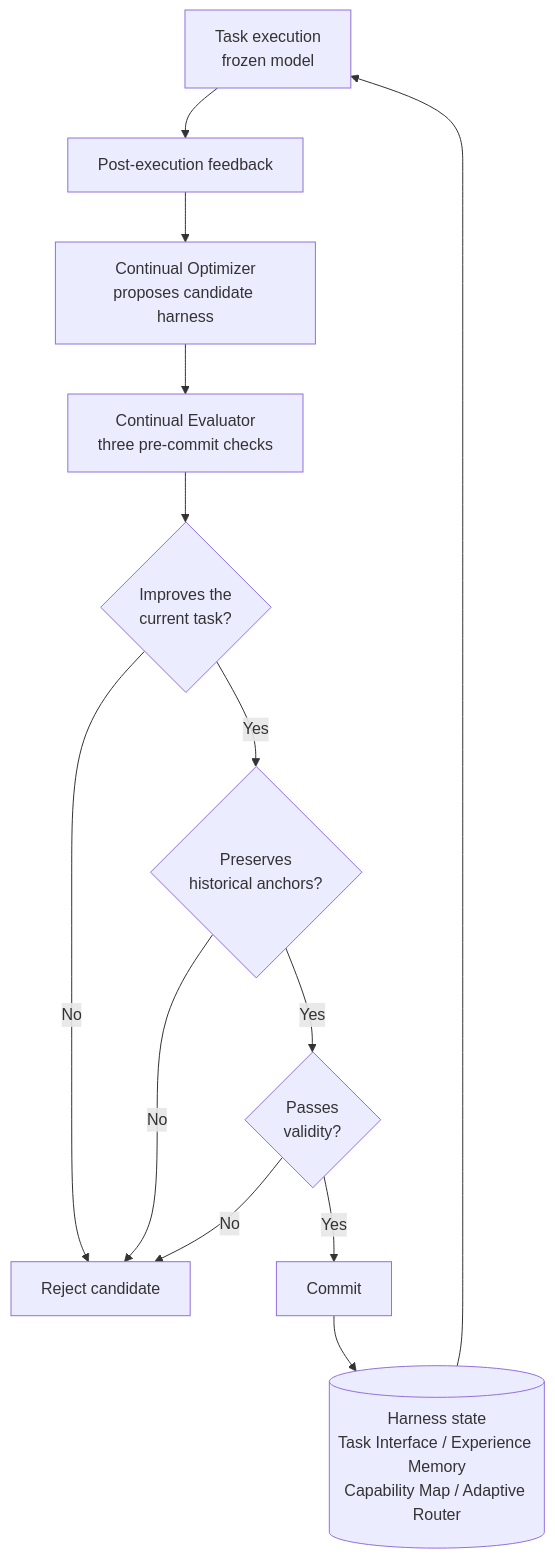
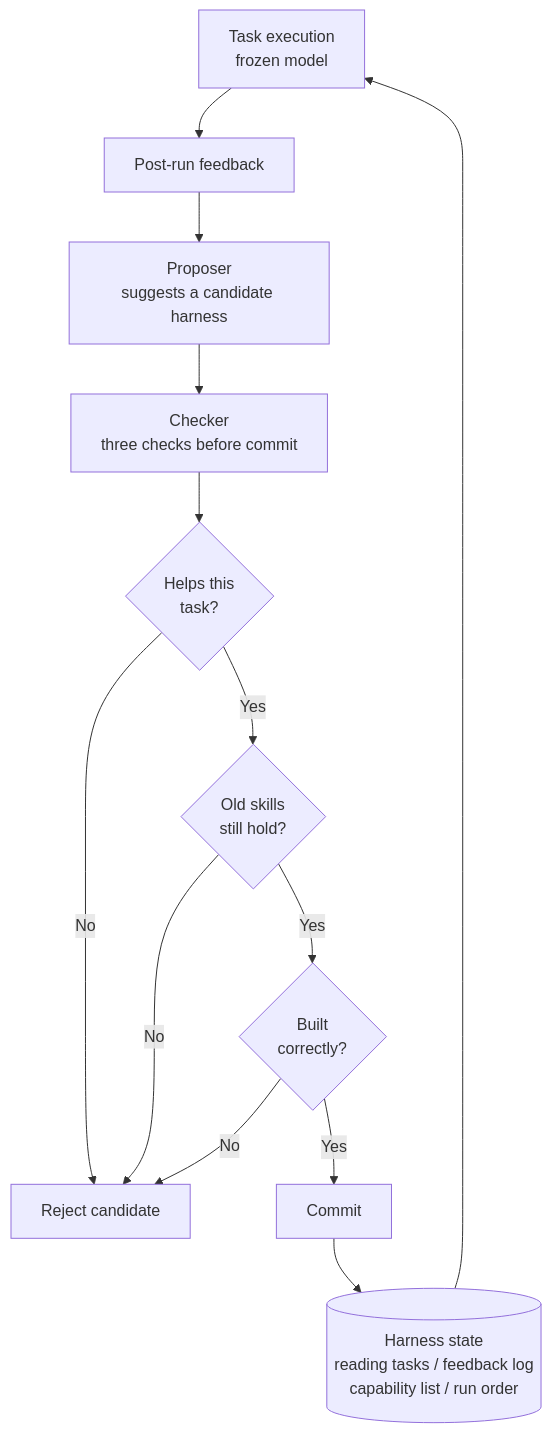
The diagram in _posts/en/research/2026-08-22-harness-continual-learning.md (ThakiCloud/thakicloud.github.io), drawn with Mermaid before and after one commit. The commit also changed other lines of this file and 19 other files, not shown here.

````diff
--- a/_posts/en/research/2026-08-22-harness-continual-learning.md
+++ b/_posts/en/research/2026-08-22-harness-continual-learning.md
@@ -59,15 +59,15 @@
 ```mermaid
 flowchart TB
-    T[Task execution<br/>frozen model] --> FB[Post-execution feedback]
-    FB --> OPT[Continual Optimizer<br/>proposes candidate harness]
-    OPT --> EVA[Continual Evaluator<br/>three pre-commit checks]
-    EVA --> C1{Improves the<br/>current task?}
+    T[Task execution<br/>frozen model] --> FB[Post-run feedback]
+    FB --> OPT[Proposer<br/>suggests a candidate harness]
+    OPT --> EVA[Checker<br/>three checks before commit]
+    EVA --> C1{Helps this<br/>task?}
     C1 -->|No| REJ[Reject candidate]
-    C1 -->|Yes| C2{Preserves<br/>historical anchors?}
+    C1 -->|Yes| C2{Old skills<br/>still hold?}
     C2 -->|No| REJ
-    C2 -->|Yes| C3{Passes<br/>validity?}
+    C2 -->|Yes| C3{Built<br/>correctly?}
     C3 -->|No| REJ
     C3 -->|Yes| COM[Commit]
-    COM --> H[(Harness state<br/>Task Interface / Experience Memory<br/>Capability Map / Adaptive Router)]
+    COM --> H[(Harness state<br/>reading tasks / feedback log<br/>capability list / run order)]
     H --> T
 ```
````
